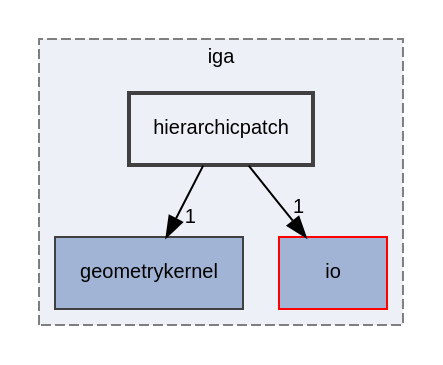
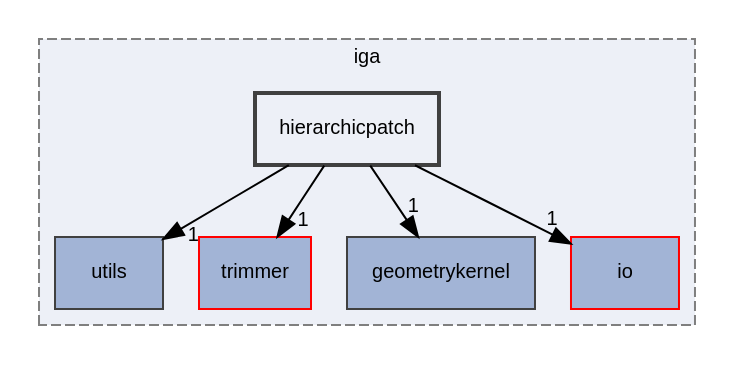
One commit to rath3t/dune-iga-doc changed the diagram in dir_12fc9e68aad46ae2d80ba50ef1c96d76_dep.dot. Above: the diagram before and after it, drawn with Graphviz. The commit also changed 1639 other files, not shown here.

```diff
--- a/dir_12fc9e68aad46ae2d80ba50ef1c96d76_dep.dot
+++ b/dir_12fc9e68aad46ae2d80ba50ef1c96d76_dep.dot
@@ -1,15 +1,19 @@
 digraph "hierarchicpatch"
 {
  // LATEX_PDF_SIZE
   edge [fontname="Helvetica",fontsize="10",labelfontname="Helvetica",labelfontsize="10"];
   node [fontname="Helvetica",fontsize="10",shape=record];
   compound=true
   subgraph clusterdir_d2a3c23294a1b1015b1b8e8721ddded8 {
     graph [ bgcolor="#edf0f7", pencolor="grey50", style="filled,dashed,", label="iga", fontname="Helvetica", fontsize="10", URL="dir_d2a3c23294a1b1015b1b8e8721ddded8.html"]
+  dir_054fedf05f142c88b967e78541d2ed3d [shape=box, label="utils", style="filled,", fillcolor="#a2b4d6", color="grey25", URL="dir_054fedf05f142c88b967e78541d2ed3d.html"];
+  dir_7d0c370ab440c4b4f78419bfc8c93eb8 [shape=box, label="trimmer", style="filled,", fillcolor="#a2b4d6", color="red", URL="dir_7d0c370ab440c4b4f78419bfc8c93eb8.html"];
   dir_98571e7345f7327fea7723ec1a12d870 [shape=box, label="geometrykernel", style="filled,", fillcolor="#a2b4d6", color="grey25", URL="dir_98571e7345f7327fea7723ec1a12d870.html"];
   dir_c3ccff8517fbe337b2b8ad503c3a1590 [shape=box, label="io", style="filled,", fillcolor="#a2b4d6", color="red", URL="dir_c3ccff8517fbe337b2b8ad503c3a1590.html"];
   dir_12fc9e68aad46ae2d80ba50ef1c96d76 [shape=box, label="hierarchicpatch", style="filled,bold,", fillcolor="#edf0f7", color="grey25", URL="dir_12fc9e68aad46ae2d80ba50ef1c96d76.html"];
   }
+  dir_12fc9e68aad46ae2d80ba50ef1c96d76->dir_054fedf05f142c88b967e78541d2ed3d [headlabel="1", labeldistance=1.5 headhref="dir_000007_000020.html"];
+  dir_12fc9e68aad46ae2d80ba50ef1c96d76->dir_7d0c370ab440c4b4f78419bfc8c93eb8 [headlabel="1", labeldistance=1.5 headhref="dir_000007_000018.html"];
   dir_12fc9e68aad46ae2d80ba50ef1c96d76->dir_98571e7345f7327fea7723ec1a12d870 [headlabel="1", labeldistance=1.5 headhref="dir_000007_000006.html"];
   dir_12fc9e68aad46ae2d80ba50ef1c96d76->dir_c3ccff8517fbe337b2b8ad503c3a1590 [headlabel="1", labeldistance=1.5 headhref="dir_000007_000013.html"];
 }
```
